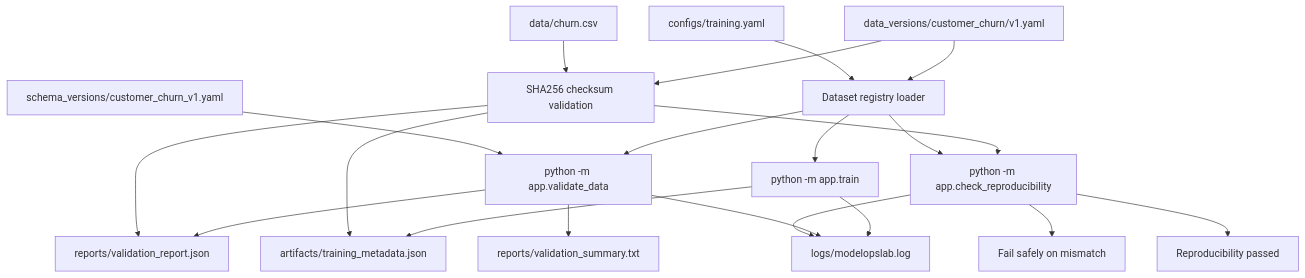
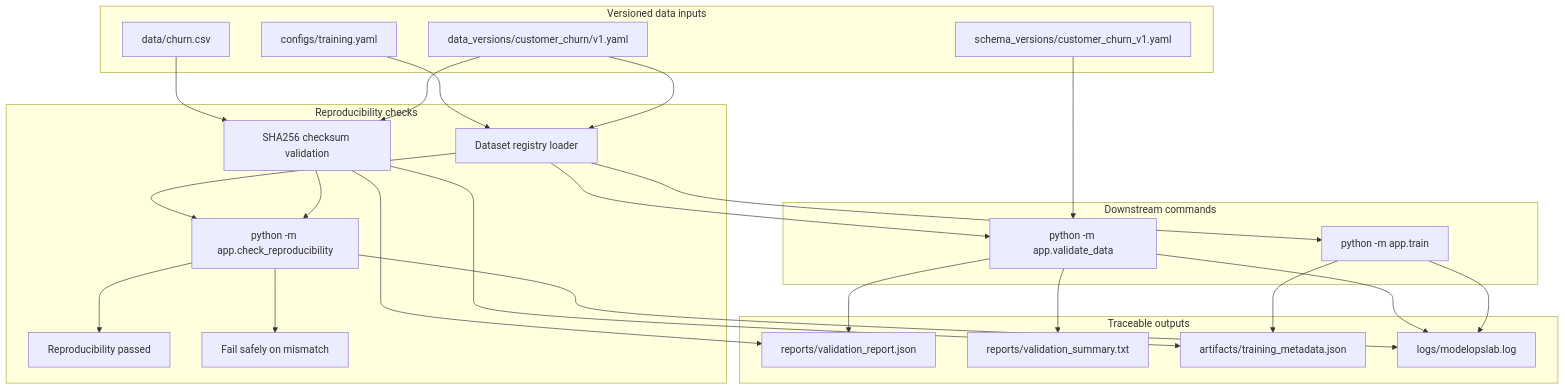
Before and after one commit to git4alauddin/model-ops-lab: the diagram in docs/diagrams/v3_reproducibility_flow.md, drawn with Mermaid. The commit also changed 9 other files, not shown here.

Commit message:
docs: standardize version mermaid diagrams

````diff
--- a/docs/diagrams/v3_reproducibility_flow.md
+++ b/docs/diagrams/v3_reproducibility_flow.md
@@ -7,45 +7,52 @@
 ```mermaid
 flowchart TD
-    config["configs/training.yaml"]
-    metadata["data_versions/customer_churn/v1.yaml"]
-    dataset["data/churn.csv"]
-    schema["schema_versions/customer_churn_v1.yaml"]
+    subgraph versioned_inputs["Versioned data inputs"]
+        config["configs/training.yaml"]
+        metadata["data_versions/customer_churn/v1.yaml"]
+        dataset["data/churn.csv"]
+        schema["schema_versions/customer_churn_v1.yaml"]
+    end
 
-    registry["Dataset registry loader"]
-    checksum["SHA256 checksum validation"]
-    repro["python -m app.check_reproducibility"]
+    subgraph reproducibility_checks["Reproducibility checks"]
+        registry["Dataset registry loader"]
+        checksum["SHA256 checksum validation"]
+        repro["python -m app.check_reproducibility"]
+        pass["Reproducibility passed"]
+        fail["Fail safely on mismatch"]
+    end
 
-    validation["python -m app.validate_data"]
-    training["python -m app.train"]
+    subgraph downstream_commands["Downstream commands"]
+        validation["python -m app.validate_data"]
+        training["python -m app.train"]
+    end
 
-    validation_report["reports/validation_report.json"]
-    validation_summary["reports/validation_summary.txt"]
-    training_metadata["artifacts/training_metadata.json"]
-    logs["logs/modelopslab.log"]
-
-    pass["Reproducibility passed"]
-    fail["Fail safely on mismatch"]
+    subgraph traceable_outputs["Traceable outputs"]
+        validation_report["reports/validation_report.json"]
+        validation_summary["reports/validation_summary.txt"]
+        training_metadata["artifacts/training_metadata.json"]
+        logs["logs/modelopslab.log"]
+    end
 
     config --> registry
     metadata --> registry
     dataset --> checksum
     metadata --> checksum
     schema --> validation
 
     registry --> repro
     checksum --> repro
     repro --> pass
     repro --> fail
     repro --> logs
 
     registry --> validation
     checksum --> validation_report
     validation --> validation_report
     validation --> validation_summary
     validation --> logs
 
     registry --> training
     checksum --> training_metadata
     training --> training_metadata
     training --> logs
 ```
````
